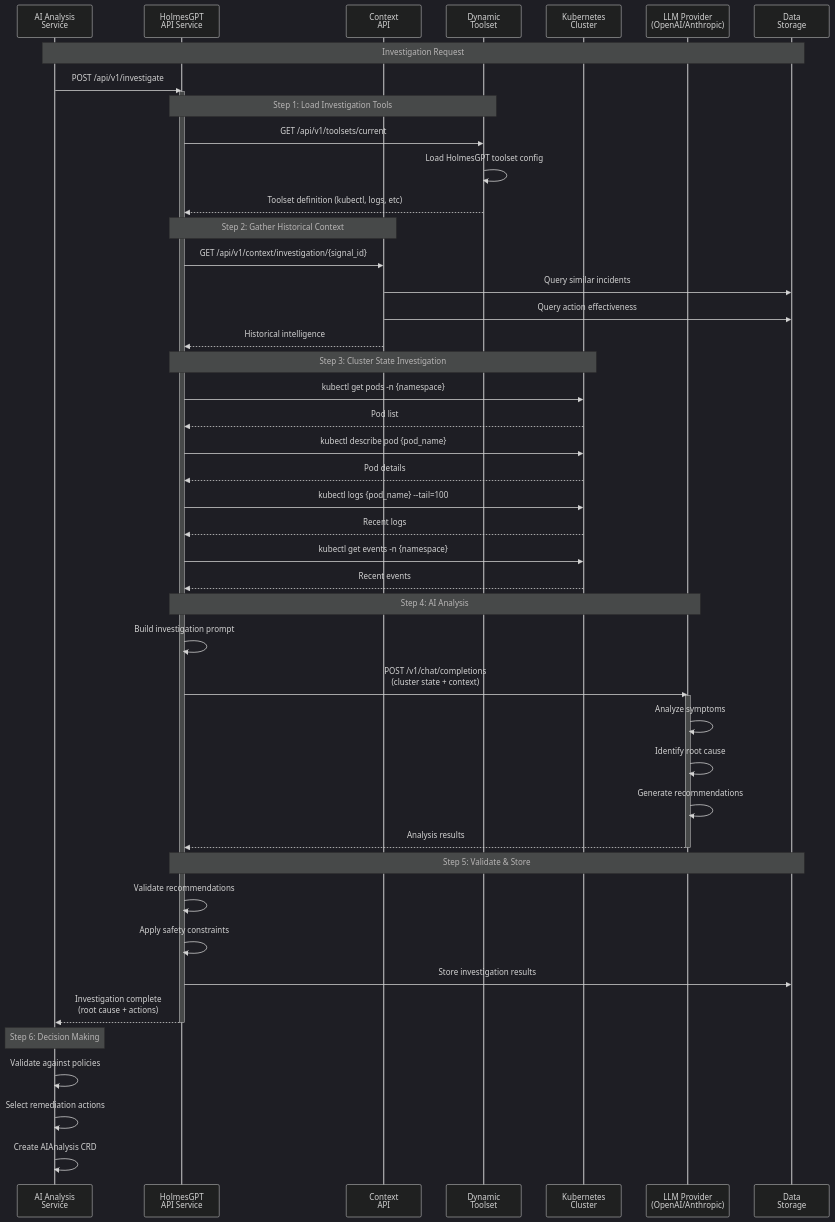
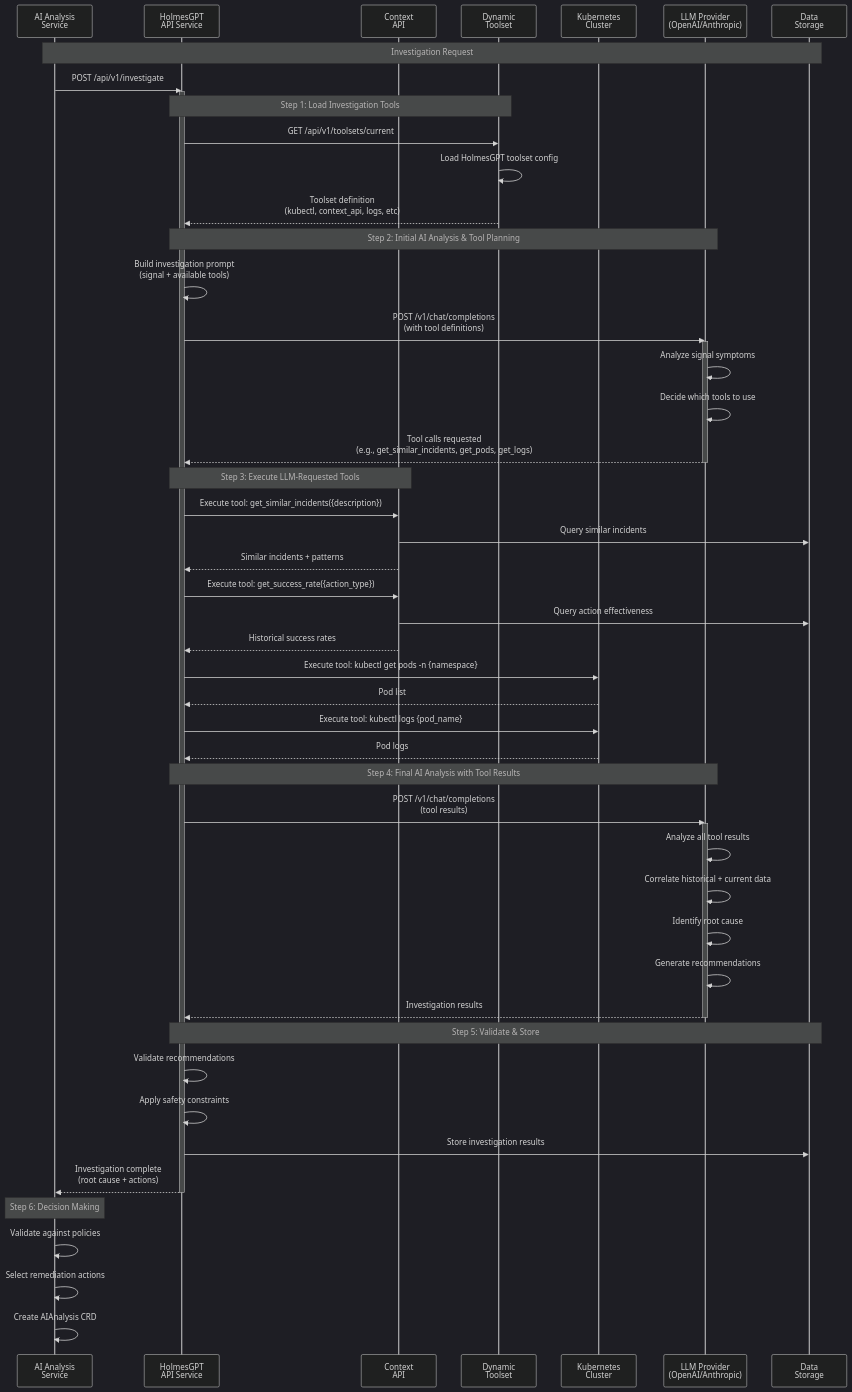
The third of 3 diagrams in docs/architecture/APPROVED_MICROSERVICES_ARCHITECTURE.md (jordigilh/kubernaut), drawn with Mermaid (dark theme) before and after one commit. The commit also changed other lines of this file, not shown here.

First paragraph of the commit message:
docs(architecture): Correct Context API to LLM-requested tool pattern
Fixed AI Investigation sequence diagram to reflect correct LLM-driven tool calling pattern for Context API, aligning with business requirements BR-HOLMES-006, 007, 008, 009.

````diff
--- a/docs/architecture/APPROVED_MICROSERVICES_ARCHITECTURE.md
+++ b/docs/architecture/APPROVED_MICROSERVICES_ARCHITECTURE.md
@@ -301,57 +301,62 @@
 ```mermaid
 sequenceDiagram
     participant AI as AI Analysis<br/>Service
     participant HGP as HolmesGPT<br/>API Service
     participant CTX as Context<br/>API
     participant DTS as Dynamic<br/>Toolset
     participant K8S as Kubernetes<br/>Cluster
     participant LLM as LLM Provider<br/>(OpenAI/Anthropic)
     participant ST as Data<br/>Storage
 
     Note over AI,ST: Investigation Request
     AI->>HGP: POST /api/v1/investigate
     activate HGP
-    
+
     Note over HGP,DTS: Step 1: Load Investigation Tools
     HGP->>DTS: GET /api/v1/toolsets/current
     DTS->>DTS: Load HolmesGPT toolset config
-    DTS-->>HGP: Toolset definition (kubectl, logs, etc)
+    DTS-->>HGP: Toolset definition<br/>(kubectl, context_api, logs, etc)
+
+    Note over HGP,LLM: Step 2: Initial AI Analysis & Tool Planning
+    HGP->>HGP: Build investigation prompt<br/>(signal + available tools)
+    HGP->>LLM: POST /v1/chat/completions<br/>(with tool definitions)
+    activate LLM
+    LLM->>LLM: Analyze signal symptoms
+    LLM->>LLM: Decide which tools to use
+    LLM-->>HGP: Tool calls requested<br/>(e.g., get_similar_incidents, get_pods, get_logs)
+    deactivate LLM
     
-    Note over HGP,CTX: Step 2: Gather Historical Context
-    HGP->>CTX: GET /api/v1/context/investigation/{signal_id}
+    Note over HGP,CTX: Step 3: Execute LLM-Requested Tools
+    HGP->>CTX: Execute tool: get_similar_incidents({description})
     CTX->>ST: Query similar incidents
+    CTX-->>HGP: Similar incidents + patterns
+    HGP->>CTX: Execute tool: get_success_rate({action_type})
     CTX->>ST: Query action effectiveness
-    CTX-->>HGP: Historical intelligence
+    CTX-->>HGP: Historical success rates
+    HGP->>K8S: Execute tool: kubectl get pods -n {namespace}
+    K8S-->>HGP: Pod list
+    HGP->>K8S: Execute tool: kubectl logs {pod_name}
+    K8S-->>HGP: Pod logs
     
-    Note over HGP,K8S: Step 3: Cluster State Investigation
-    HGP->>K8S: kubectl get pods -n {namespace}
-    K8S-->>HGP: Pod list
-    HGP->>K8S: kubectl describe pod {pod_name}
-    K8S-->>HGP: Pod details
-    HGP->>K8S: kubectl logs {pod_name} --tail=100
-    K8S-->>HGP: Recent logs
-    HGP->>K8S: kubectl get events -n {namespace}
-    K8S-->>HGP: Recent events
-    
-    Note over HGP,LLM: Step 4: AI Analysis
-    HGP->>HGP: Build investigation prompt
-    HGP->>LLM: POST /v1/chat/completions<br/>(cluster state + context)
+    Note over HGP,LLM: Step 4: Final AI Analysis with Tool Results
+    HGP->>LLM: POST /v1/chat/completions<br/>(tool results)
     activate LLM
-    LLM->>LLM: Analyze symptoms
+    LLM->>LLM: Analyze all tool results
+    LLM->>LLM: Correlate historical + current data
     LLM->>LLM: Identify root cause
     LLM->>LLM: Generate recommendations
-    LLM-->>HGP: Analysis results
+    LLM-->>HGP: Investigation results
     deactivate LLM
-    
+
     Note over HGP,ST: Step 5: Validate & Store
     HGP->>HGP: Validate recommendations
     HGP->>HGP: Apply safety constraints
     HGP->>ST: Store investigation results
     HGP-->>AI: Investigation complete<br/>(root cause + actions)
     deactivate HGP
     
     Note over AI,AI: Step 6: Decision Making
     AI->>AI: Validate against policies
     AI->>AI: Select remediation actions
     AI->>AI: Create AIAnalysis CRD
 ```
````
